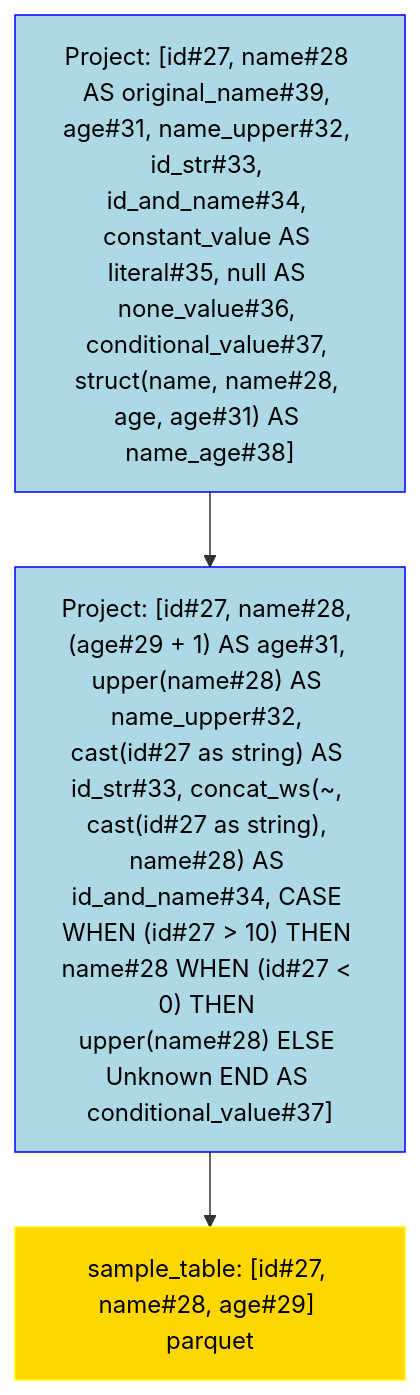
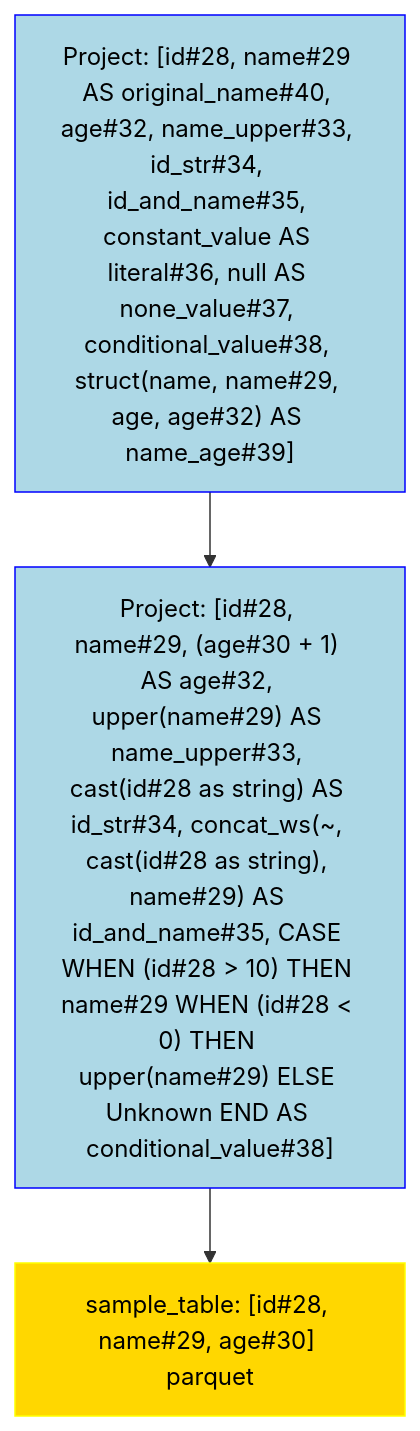
The diagram in data/visualization/derive.mmd (NielkNetraam/explainalyzed), drawn with Mermaid before and after one commit. The commit also changed 61 other files, not shown here.

```diff
--- a/data/visualization/derive.mmd
+++ b/data/visualization/derive.mmd
@@ -1,15 +1,15 @@
 flowchart TD
     classDef PROJECT stroke:Blue,fill:LightBlue,color:black
     classDef FILTER stroke:Green,fill:LightGreen,color:black
     classDef UNION stroke:Purple,fill:Violet,color:black
     classDef JOIN stroke:DarkOrange,fill:Orange,color:black
     classDef RELATION stroke:Yellow,fill:Gold,color:black
     classDef AGGREGATE stroke:Brown,fill:Chocolate,color:black
     classDef WINDOW stroke:Aqua,fill:Cyan,color:black
 
-    Project#00001["Project: [id#27, name#28 AS original_name#39, age#31, name_upper#32, id_str#33, id_and_name#34, constant_value AS literal#35, null AS none_value#36, conditional_value#37, struct(name, name#28, age, age#31) AS name_age#38]"]:::PROJECT
-    Project#00002["Project: [id#27, name#28, (age#29 + 1) AS age#31, upper(name#28) AS name_upper#32, cast(id#27 as string) AS id_str#33, concat_ws(~, cast(id#27 as string), name#28) AS id_and_name#34, CASE WHEN (id#27 > 10) THEN name#28 WHEN (id#27 < 0) THEN upper(name#28) ELSE Unknown END AS conditional_value#37]"]:::PROJECT
-    Relation#00003["sample_table: [id#27, name#28, age#29] parquet"]:::RELATION
+    Project#00001["Project: [id#28, name#29 AS original_name#40, age#32, name_upper#33, id_str#34, id_and_name#35, constant_value AS literal#36, null AS none_value#37, conditional_value#38, struct(name, name#29, age, age#32) AS name_age#39]"]:::PROJECT
+    Project#00002["Project: [id#28, name#29, (age#30 + 1) AS age#32, upper(name#29) AS name_upper#33, cast(id#28 as string) AS id_str#34, concat_ws(~, cast(id#28 as string), name#29) AS id_and_name#35, CASE WHEN (id#28 > 10) THEN name#29 WHEN (id#28 < 0) THEN upper(name#29) ELSE Unknown END AS conditional_value#38]"]:::PROJECT
+    Relation#00003["sample_table: [id#28, name#29, age#30] parquet"]:::RELATION
 
     Project#00001 --> Project#00002
         Project#00002 --> Relation#00003
```
